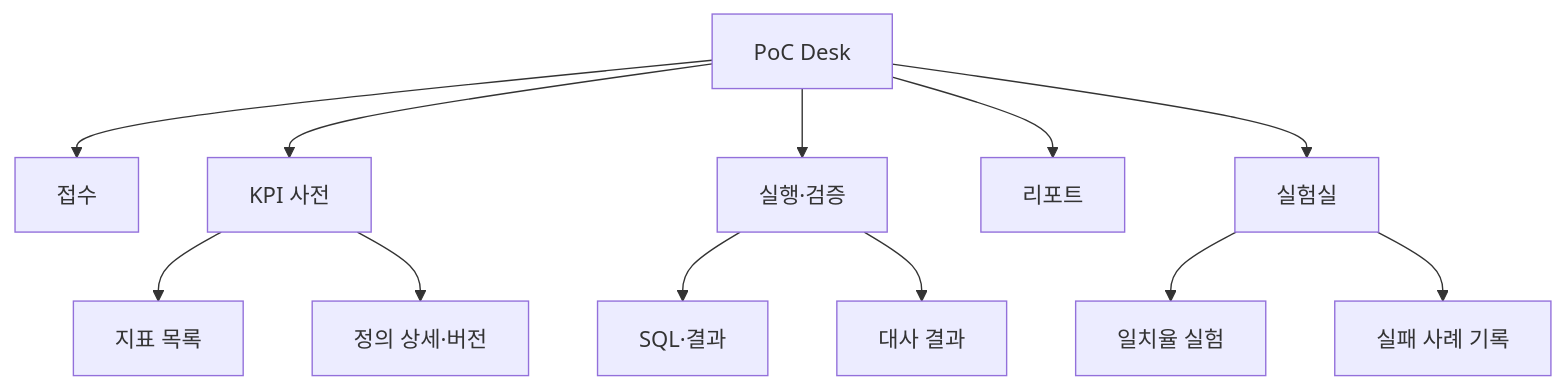
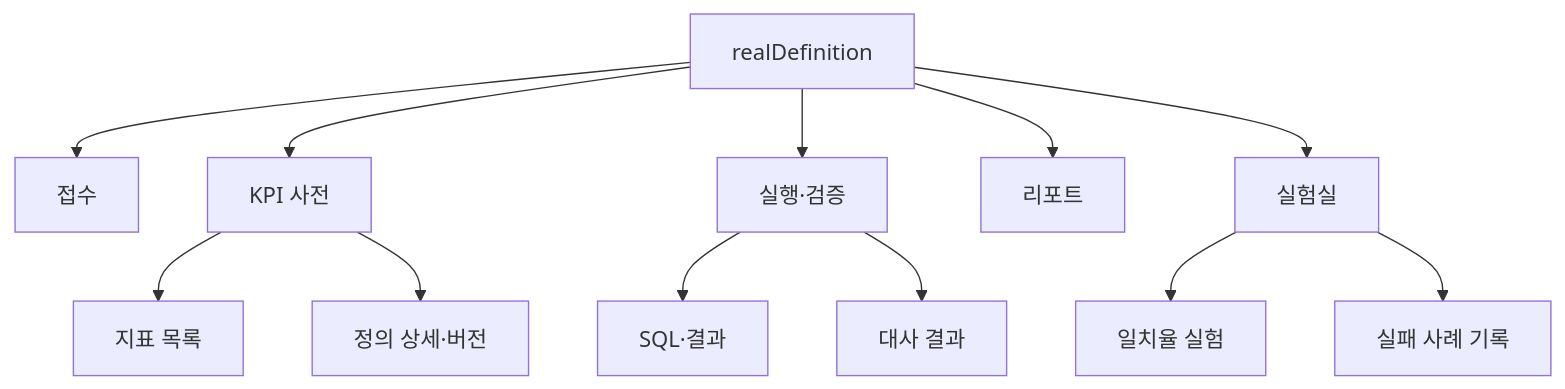
Before and after one commit to sikomar00/poc-desk-portfolio: the second of 3 diagrams in docs/04-journey-and-flow.md, drawn with Mermaid. The commit also changed 11 other files, not shown here.

````diff
--- a/docs/04-journey-and-flow.md
+++ b/docs/04-journey-and-flow.md
@@ -80,14 +80,14 @@
 ```mermaid
 flowchart TD
-  R[PoC Desk] --> A[접수]
+  R[realDefinition] --> A[접수]
   R --> B[KPI 사전]
   R --> C[실행·검증]
   R --> D[리포트]
   R --> E[실험실]
   B --> B1[지표 목록]
   B --> B2[정의 상세·버전]
   C --> C1[SQL·결과]
   C --> C2[대사 결과]
   E --> E1[일치율 실험]
   E --> E2[실패 사례 기록]
 ```
````
